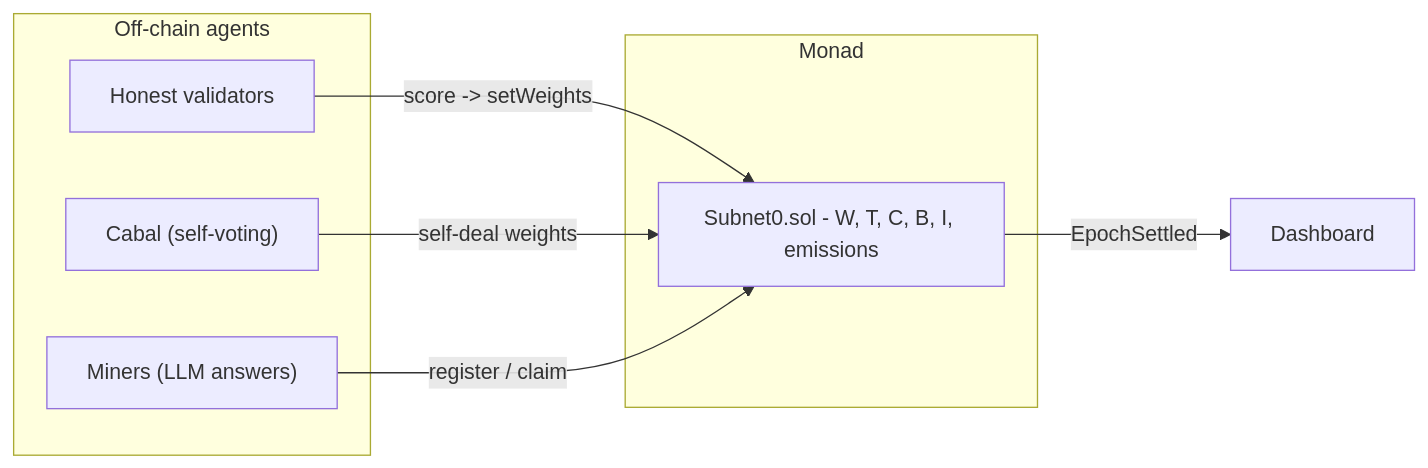
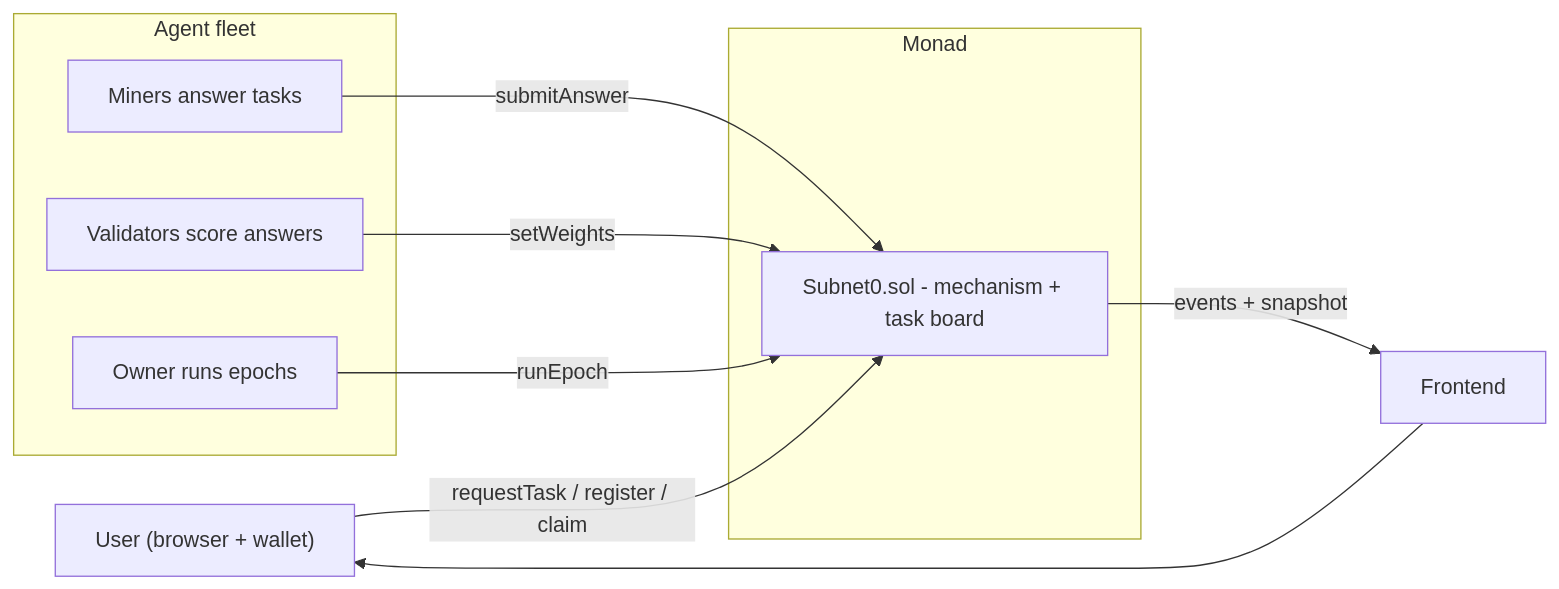
The diagram in README.md (nikillxh/subnet0), drawn with Mermaid before and after one commit. The commit also changed other lines of this file and 20 other files, not shown here.

````diff
--- a/README.md
+++ b/README.md
@@ -33,15 +31,18 @@
 ```mermaid
 flowchart LR
-  subgraph offchain [Off-chain agents]
-    M["Miners (LLM answers)"]
-    V[Honest validators]
-    C["Cabal (self-voting)"]
+  user["User (browser + wallet)"]
+  subgraph chain [Monad]
+    SN["Subnet0.sol - mechanism + task board"]
   end
-  subgraph chain [Monad]
-    SN["Subnet0.sol - W, T, C, B, I, emissions"]
+  subgraph fleet [Agent fleet]
+    miners["Miners answer tasks"]
+    vals["Validators score answers"]
+    owner["Owner runs epochs"]
   end
-  V -->|"score -> setWeights"| SN
-  C -->|"self-deal weights"| SN
-  M -->|register / claim| SN
-  SN -->|EpochSettled| Dash[Dashboard]
+  user -->|"requestTask / register / claim"| SN
+  miners -->|submitAnswer| SN
+  vals -->|setWeights| SN
+  owner -->|runEpoch| SN
+  SN -->|events + snapshot| web[Frontend]
+  web --> user
 ```
````
